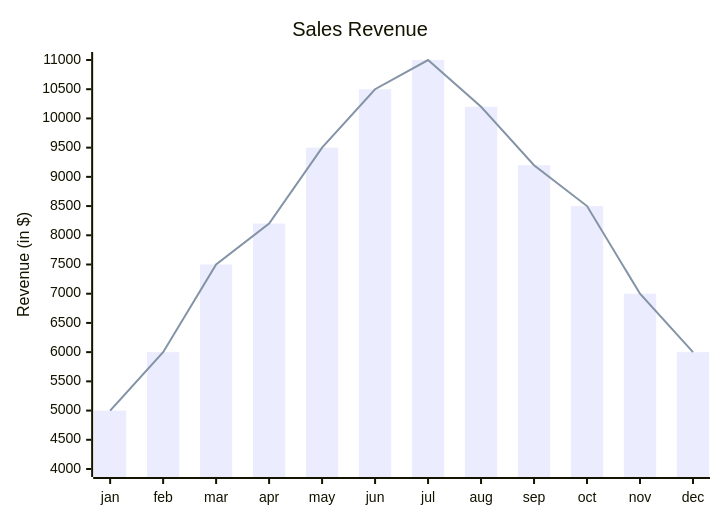
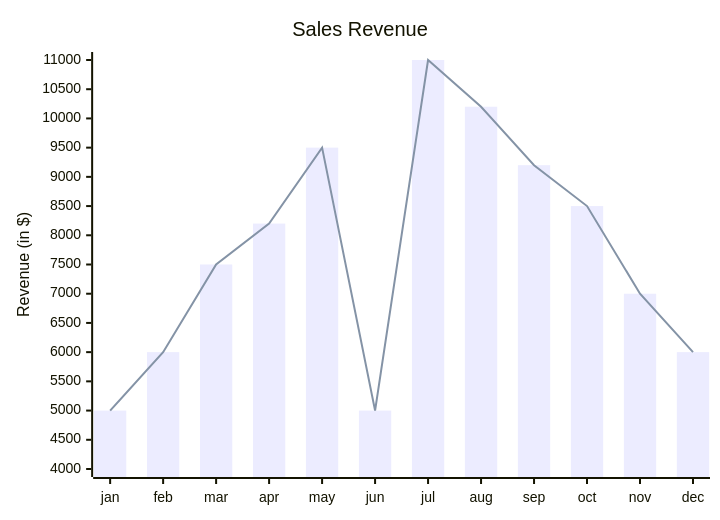
Before and after one commit to xxxloukxxx/md-math: the first of 4 diagrams in src/_sandbox.md, drawn with Mermaid. The commit also changed other lines of this file, not shown here.

````diff
--- a/src/_sandbox.md
+++ b/src/_sandbox.md
@@ -105,8 +104,8 @@
 ```mermaid
 xychart-beta
     title "Sales Revenue"
     x-axis [jan, feb, mar, apr, may, jun, jul, aug, sep, oct, nov, dec]
     y-axis "Revenue (in $)" 4000 --> 11000
-    bar [5000, 6000, 7500, 8200, 9500, 10500, 11000, 10200, 9200, 8500, 7000, 6000]
-    line [5000, 6000, 7500, 8200, 9500, 10500, 11000, 10200, 9200, 8500, 7000, 6000]
+    bar [5000, 6000, 7500, 8200, 9500, 5000, 11000, 10200, 9200, 8500, 7000, 6000]
+    line [5000, 6000, 7500, 8200, 9500, 5000, 11000, 10200, 9200, 8500, 7000, 6000]
 ```
````
